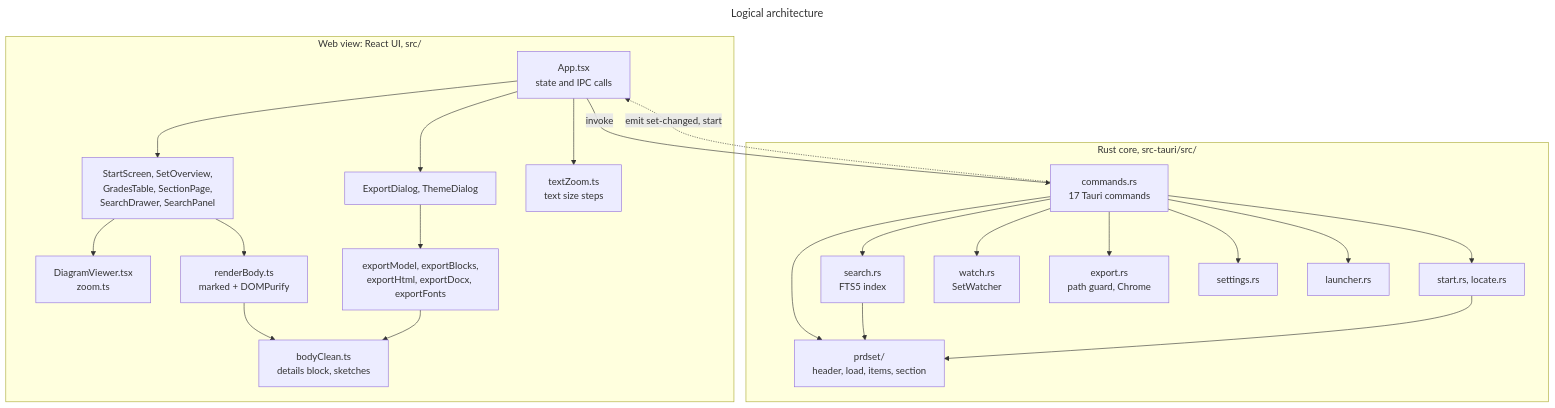
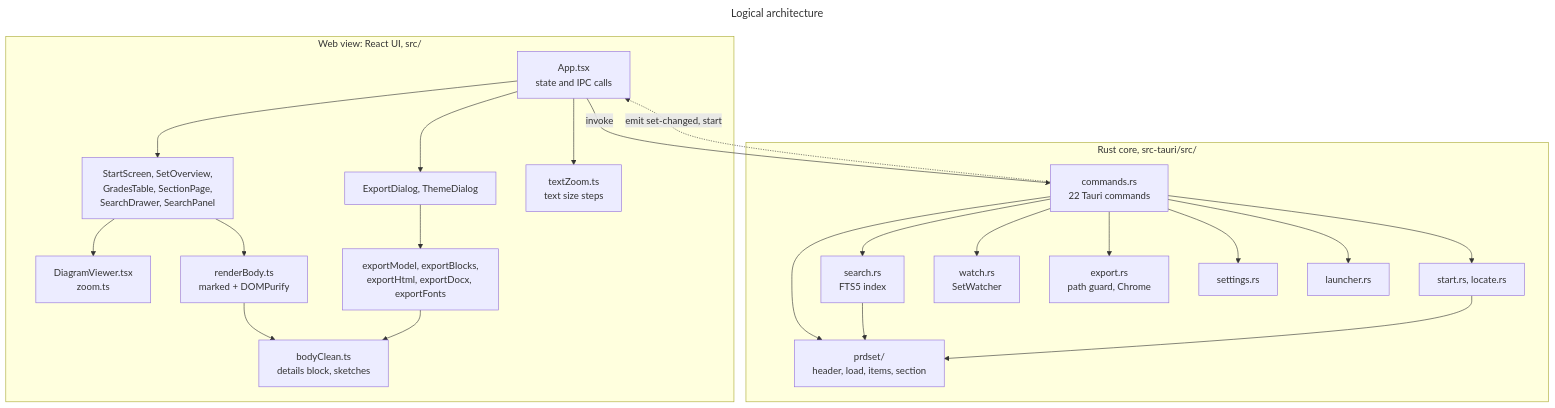
The second of 21 diagrams in docs/designs/current_design_doc.md (SpillwaveSolutions/prd-forge-viewer), drawn with Mermaid before and after one commit. The commit also changed other lines of this file and 8 other files, not shown here.

````diff
--- a/docs/designs/current_design_doc.md
+++ b/docs/designs/current_design_doc.md
@@ -197,45 +209,45 @@
 ```mermaid
 ---
 title: Logical architecture
 ---
 flowchart TB
     subgraph ui[Web view: React UI, src/]
         app[App.tsx<br/>state and IPC calls]
         views[StartScreen, SetOverview,<br/>GradesTable, SectionPage,<br/>SearchDrawer, SearchPanel]
         dialogs[ExportDialog, ThemeDialog]
         diagram[DiagramViewer.tsx<br/>zoom.ts]
         tz[textZoom.ts<br/>text size steps]
         render[renderBody.ts<br/>marked + DOMPurify]
         clean[bodyClean.ts<br/>details block, sketches]
         exp[exportModel, exportBlocks,<br/>exportHtml, exportDocx, exportFonts]
     end
     subgraph core[Rust core, src-tauri/src/]
-        cmd[commands.rs<br/>17 Tauri commands]
+        cmd[commands.rs<br/>22 Tauri commands]
         start[start.rs, locate.rs]
         prd[prdset/<br/>header, load, items, section]
         search[search.rs<br/>FTS5 index]
         watch[watch.rs<br/>SetWatcher]
         export[export.rs<br/>path guard, Chrome]
         settings[settings.rs]
         launcher[launcher.rs]
     end
     app --> views
     app --> tz
     app --> dialogs
     views --> render
     views --> diagram
     render --> clean
     dialogs --> exp
     exp --> clean
     app -->|invoke| cmd
     cmd -.->|emit set-changed, start| app
     cmd --> start
     cmd --> prd
     cmd --> search
     cmd --> watch
     cmd --> export
     cmd --> settings
     cmd --> launcher
     search --> prd
     start --> prd
 ```
````
